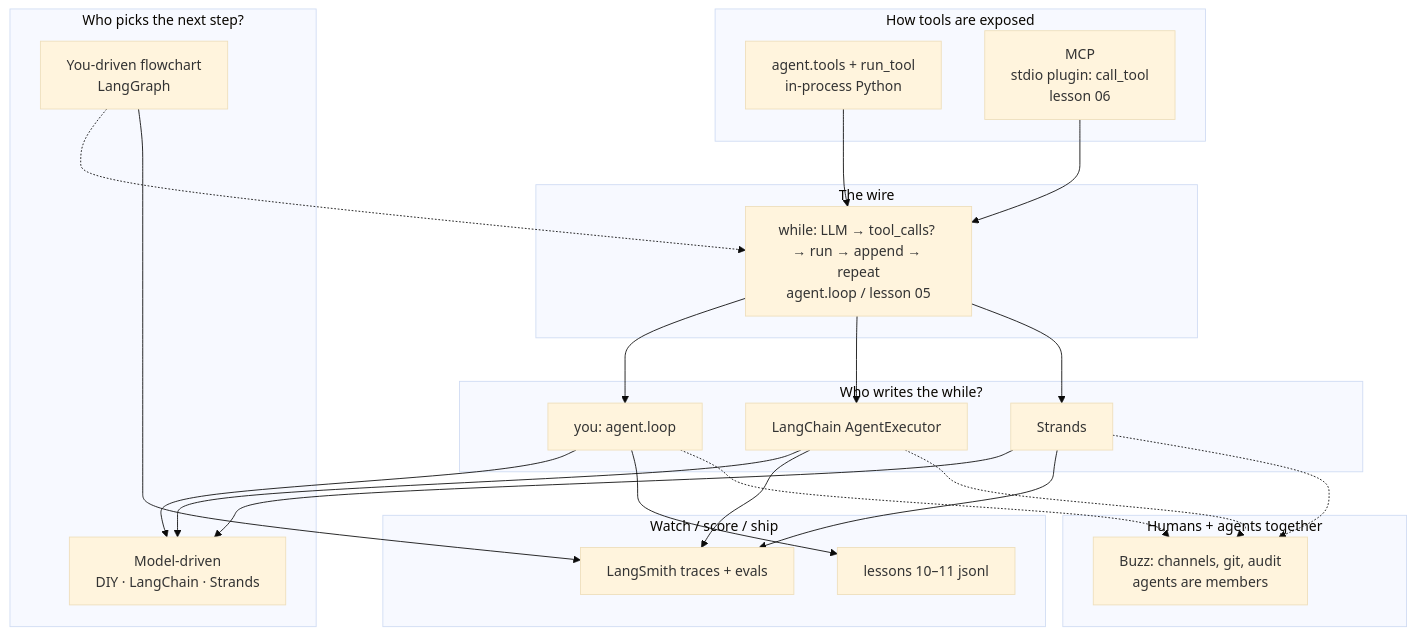
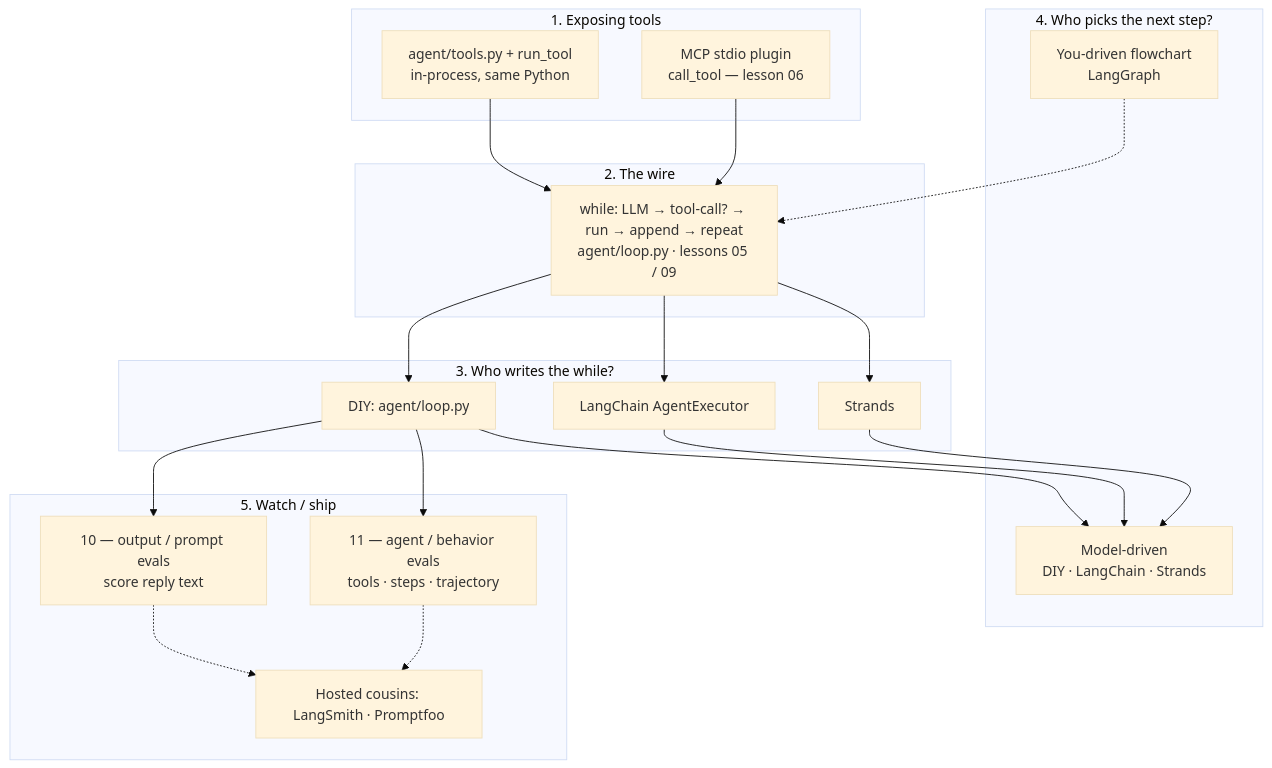
Before and after one commit to garvitkhurana/agent-unwrapped: the diagram in lessons/NOTES.md, drawn with Mermaid (base theme). The commit also changed other lines of this file and 4 other files, not shown here.

First line of the commit message:
Clarify NOTES layers and split output vs behavior evals.

````diff
--- a/lessons/NOTES.md
+++ b/lessons/NOTES.md
@@ -21,48 +39,42 @@
 ```mermaid
 flowchart TB
-  subgraph tools_how["How tools are exposed"]
-    PY["agent.tools + run_tool<br/>in-process Python"]
-    MCP["MCP<br/>stdio plugin: call_tool<br/>lesson 06"]
+  subgraph expose["1. Exposing tools"]
+    PY["agent/tools.py + run_tool<br/>in-process, same Python"]
+    MCP["MCP stdio plugin<br/>call_tool — lesson 06"]
   end
 
-  subgraph wire["The wire"]
-    LOOP["while: LLM → tool_calls? → run → append → repeat<br/>agent.loop / lesson 05"]
+  subgraph wire["2. The wire"]
+    LOOP["while: LLM → tool-call? → run → append → repeat<br/>agent/loop.py · lessons 05 / 09"]
   end
 
-  subgraph who_loop["Who writes the while?"]
-    DIY["you: agent.loop"]
+  subgraph who_while["3. Who writes the while?"]
+    DIY["DIY: agent/loop.py"]
     LC["LangChain AgentExecutor"]
     ST["Strands"]
   end
 
-  subgraph who_next["Who picks the next step?"]
+  subgraph who_next["4. Who picks the next step?"]
     MODEL["Model-driven<br/>DIY · LangChain · Strands"]
     GRAPH["You-driven flowchart<br/>LangGraph"]
   end
 
-  subgraph ops["Watch / score / ship"]
-    EVAL["lessons 10–11 jsonl"]
-    LS["LangSmith traces + evals"]
-  end
-
-  subgraph room["Humans + agents together"]
-    BUZZ["Buzz: channels, git, audit<br/>agents are members"]
+  subgraph watch["5. Watch / ship"]
+    OUT["10 — output / prompt evals<br/>score reply text"]
+    BEH["11 — agent / behavior evals<br/>tools · steps · trajectory"]
+    HOST["Hosted cousins: LangSmith · Promptfoo"]
   end
 
   PY --> LOOP
   MCP --> LOOP
   LOOP --> DIY
   LOOP --> LC
   LOOP --> ST
   DIY --> MODEL
   LC --> MODEL
   ST --> MODEL
   GRAPH -.-> LOOP
-  DIY --> EVAL
-  LC --> LS
-  GRAPH --> LS
-  ST --> LS
-  DIY -.-> BUZZ
-  LC -.-> BUZZ
-  ST -.-> BUZZ
+  DIY --> OUT
+  DIY --> BEH
+  OUT -.-> HOST
+  BEH -.-> HOST
 ```
````
